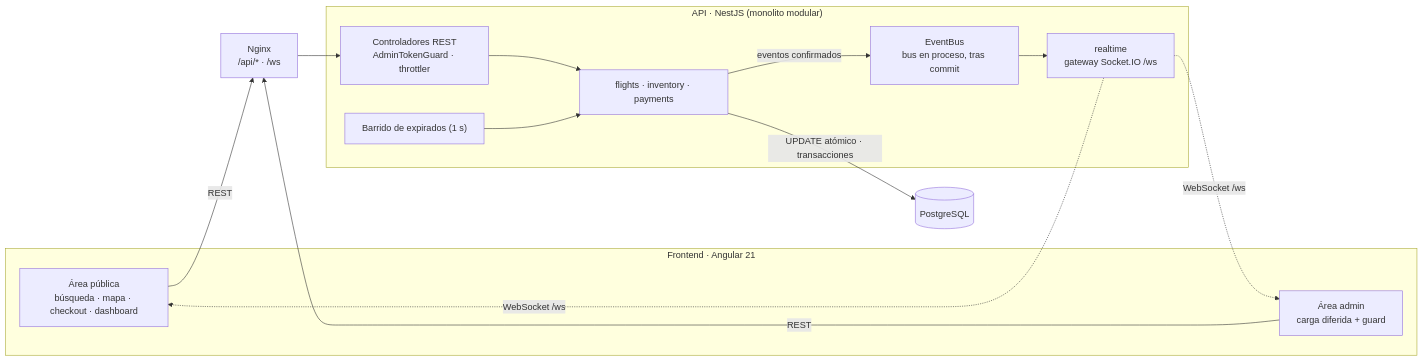
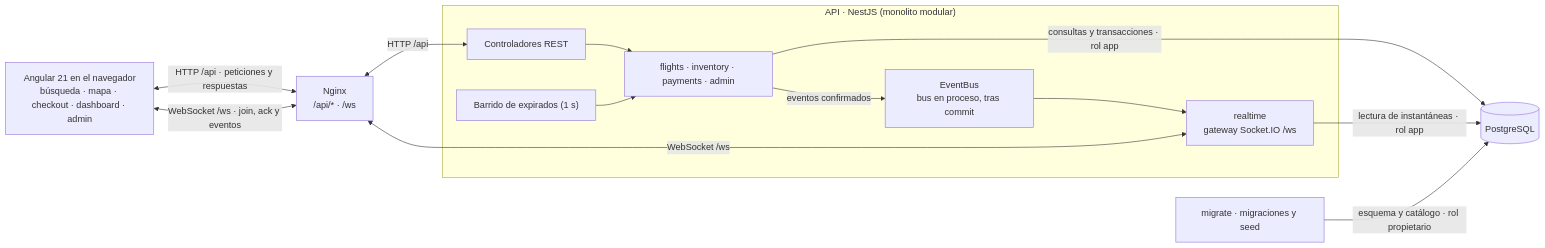
One commit to ingebatista/aeropulse-flight-booking changed the first of 4 diagrams in docs/architecture.md. Above: the diagram before and after it, drawn with Mermaid. The commit also changed other lines of this file and 15 other files, not shown here.

````diff
--- a/docs/architecture.md
+++ b/docs/architecture.md
@@ -23,28 +25,27 @@
 ```mermaid
 flowchart LR
-  subgraph FE["Frontend · Angular 21"]
-    PUB[Área pública<br/>búsqueda · mapa · checkout · dashboard]
-    ADM[Área admin<br/>carga diferida + guard]
-  end
-
+  FE["Angular 21 en el navegador<br/>búsqueda · mapa · checkout · dashboard · admin"]
   NG["Nginx<br/>/api/* · /ws"]
 
   subgraph API["API · NestJS (monolito modular)"]
-    CTRL["Controladores REST<br/>AdminTokenGuard · throttler"]
-    SVC["flights · inventory · payments"]
+    CTRL["Controladores REST"]
+    SVC["flights · inventory · payments · admin"]
     JOB["Barrido de expirados (1 s)"]
     BUS["EventBus<br/>bus en proceso, tras commit"]
     RT["realtime<br/>gateway Socket.IO /ws"]
   end
 
   DB[("PostgreSQL")]
+  MIG["migrate · migraciones y seed"]
 
-  PUB -- REST --> NG
-  ADM -- REST --> NG
-  NG --> CTRL --> SVC
+  FE <-->|"HTTP /api · peticiones y respuestas"| NG
+  FE <-->|"WebSocket /ws · join, ack y eventos"| NG
+  NG <-->|"HTTP /api"| CTRL
+  NG <-->|"WebSocket /ws"| RT
+  CTRL --> SVC
   JOB --> SVC
-  SVC -- "UPDATE atómico · transacciones" --> DB
+  SVC -- "consultas y transacciones · rol app" --> DB
+  RT -- "lectura de instantáneas · rol app" --> DB
+  MIG -- "esquema y catálogo · rol propietario" --> DB
   SVC -- "eventos confirmados" --> BUS --> RT
-  RT -. "WebSocket /ws" .-> PUB
-  RT -. "WebSocket /ws" .-> ADM
 ```
````
